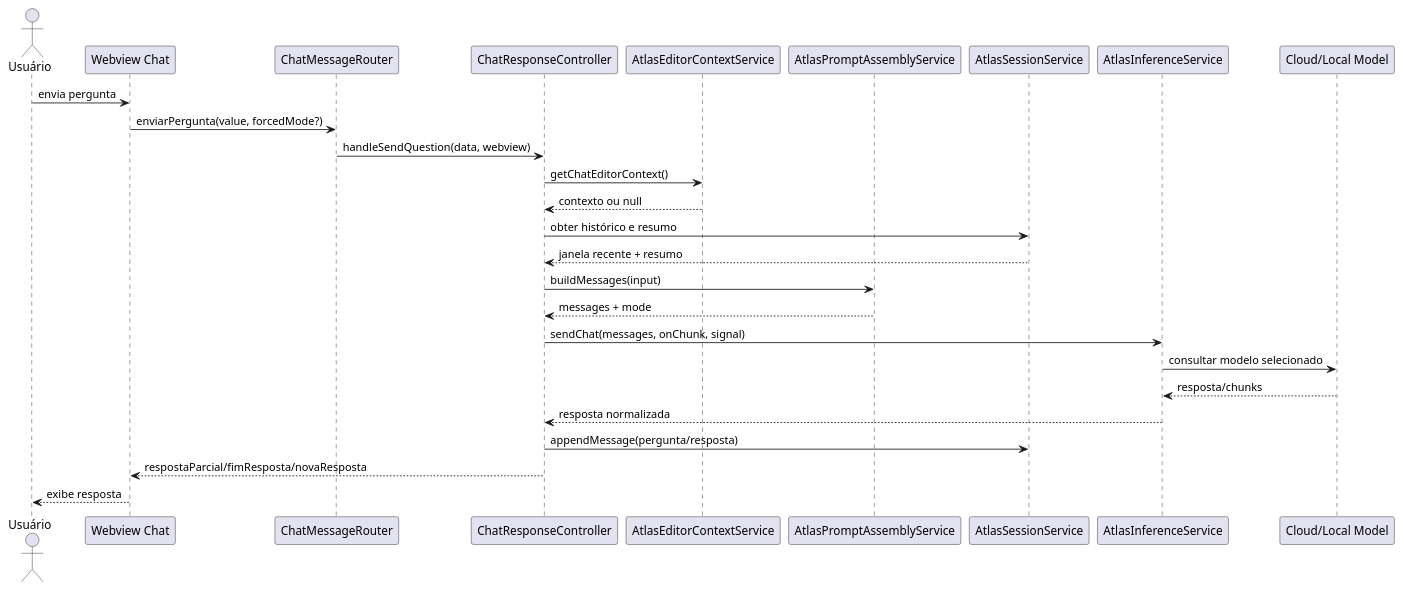
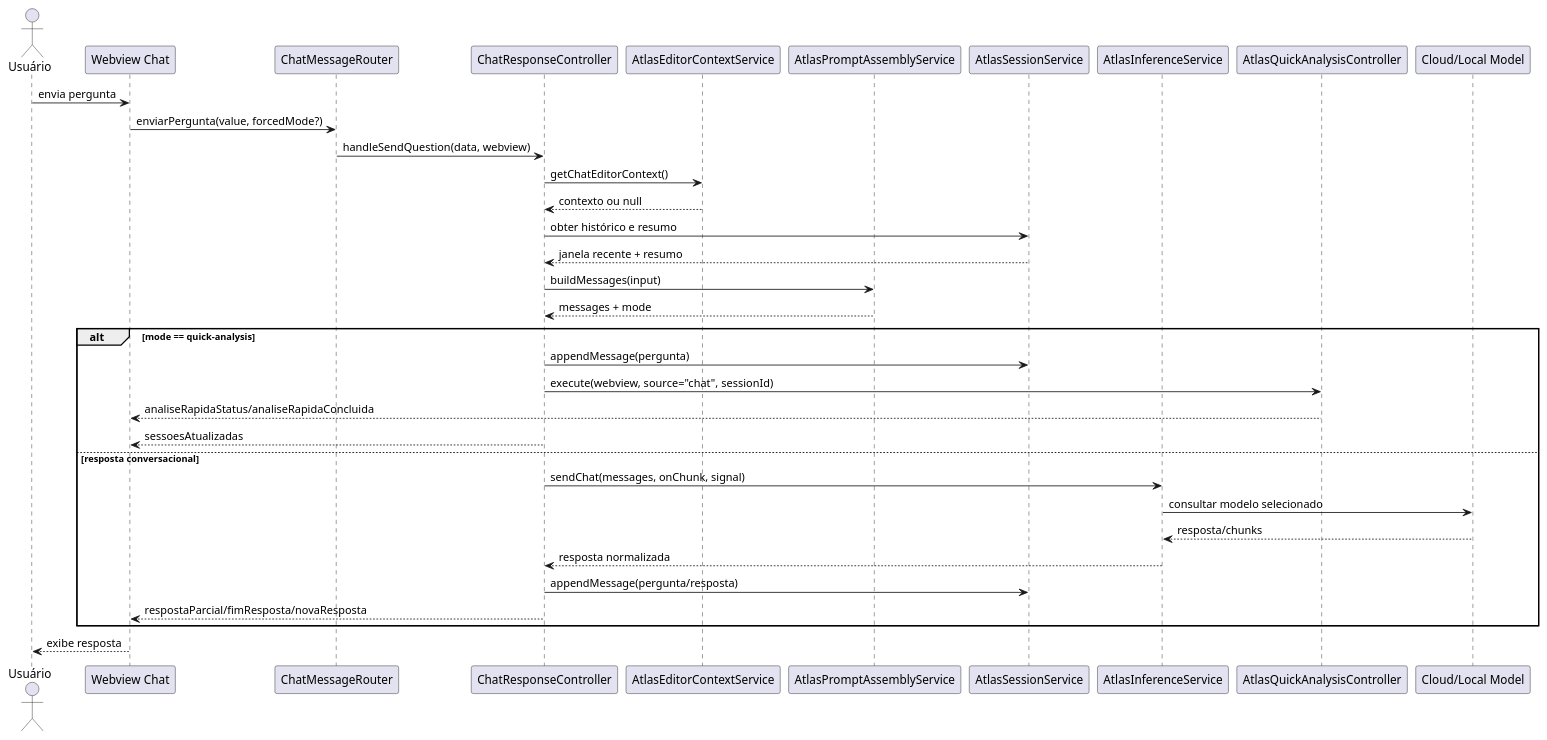
Before and after one commit to JVictorVI/ATLAS: the second of 38 diagrams in docs/plantuml-diagramas-por-caso-de-uso-atlas.md, drawn with PlantUML. The commit also changed other lines of this file and 2 other files, not shown here.

````diff
--- a/docs/plantuml-diagramas-por-caso-de-uso-atlas.md
+++ b/docs/plantuml-diagramas-por-caso-de-uso-atlas.md
@@ -56,31 +62,39 @@
 ```plantuml
 @startuml
 skinparam shadowing false
 actor Usuário
 participant "Webview Chat" as Webview
 participant ChatMessageRouter as Router
 participant ChatResponseController as Response
 participant AtlasEditorContextService as EditorContext
 participant AtlasPromptAssemblyService as Prompt
 participant AtlasSessionService as Sessions
 participant AtlasInferenceService as Inference
+participant AtlasQuickAnalysisController as QuickController
 participant "Cloud/Local Model" as Model
 
 Usuário -> Webview : envia pergunta
 Webview -> Router : enviarPergunta(value, forcedMode?)
 Router -> Response : handleSendQuestion(data, webview)
 Response -> EditorContext : getChatEditorContext()
 EditorContext --> Response : contexto ou null
 Response -> Sessions : obter histórico e resumo
 Sessions --> Response : janela recente + resumo
 Response -> Prompt : buildMessages(input)
 Prompt --> Response : messages + mode
-Response -> Inference : sendChat(messages, onChunk, signal)
-Inference -> Model : consultar modelo selecionado
-Model --> Inference : resposta/chunks
-Inference --> Response : resposta normalizada
-Response -> Sessions : appendMessage(pergunta/resposta)
-Response --> Webview : respostaParcial/fimResposta/novaResposta
+alt mode == quick-analysis
+  Response -> Sessions : appendMessage(pergunta)
+  Response -> QuickController : execute(webview, source="chat", sessionId)
+  QuickController --> Webview : analiseRapidaStatus/analiseRapidaConcluida
+  Response --> Webview : sessoesAtualizadas
+else resposta conversacional
+  Response -> Inference : sendChat(messages, onChunk, signal)
+  Inference -> Model : consultar modelo selecionado
+  Model --> Inference : resposta/chunks
+  Inference --> Response : resposta normalizada
+  Response -> Sessions : appendMessage(pergunta/resposta)
+  Response --> Webview : respostaParcial/fimResposta/novaResposta
+end
 Webview --> Usuário : exibe resposta
 @enduml
 ```
````
